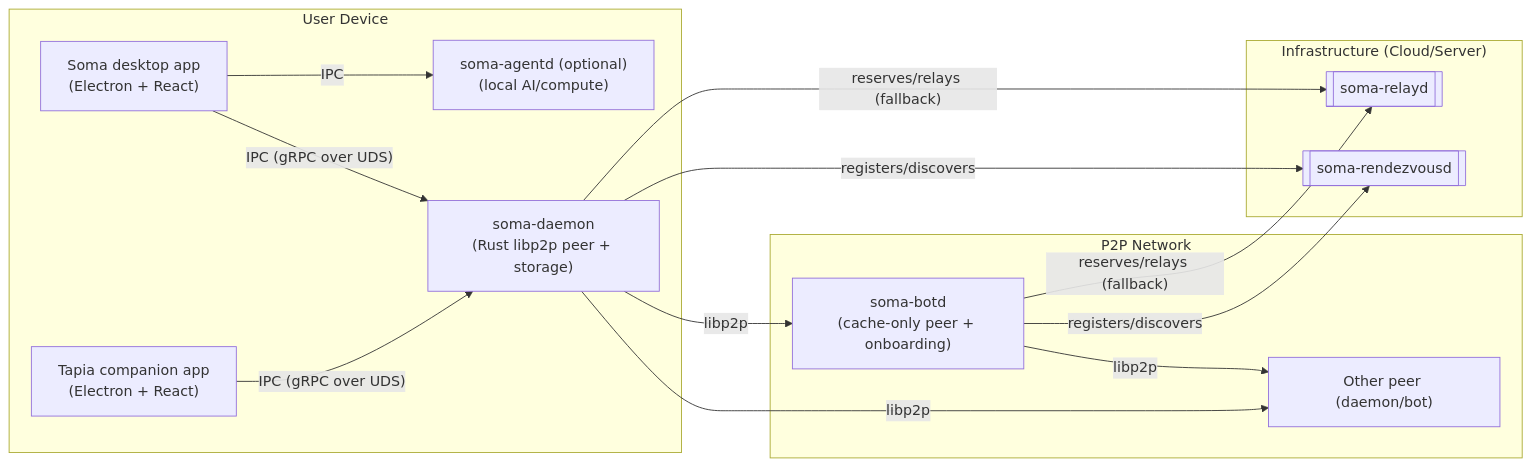
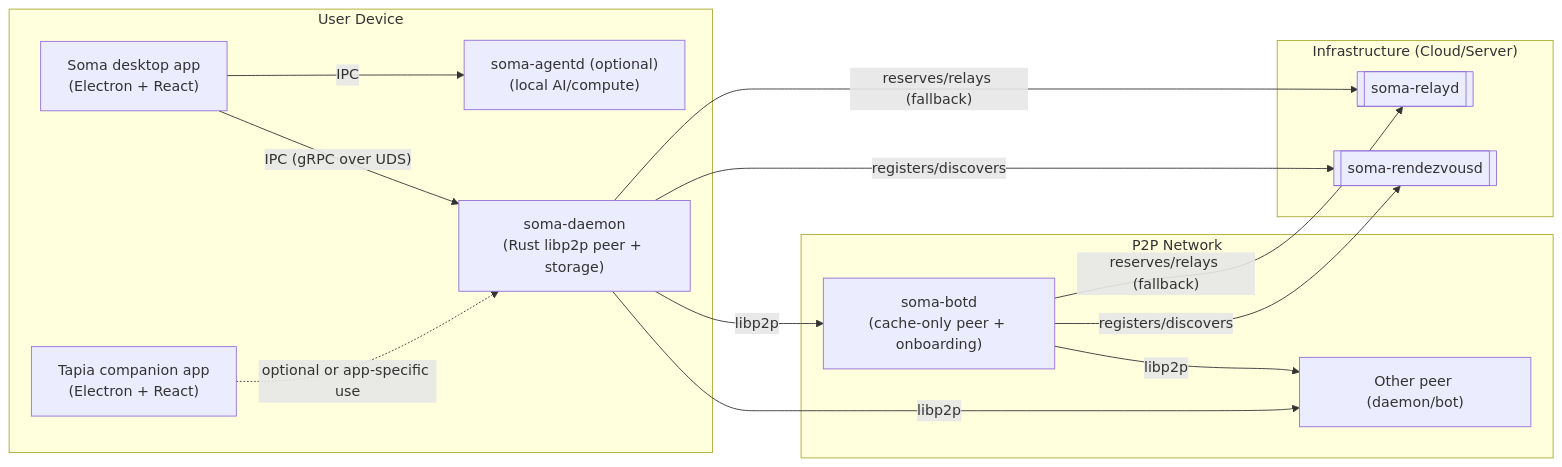
Before and after one commit to stephane-segning/soma: the first of 2 diagrams in docs/src/architecture/soma-tapia.md, drawn with Mermaid. The commit also changed other lines of this file and 34 other files, not shown here.

````diff
--- a/docs/src/architecture/soma-tapia.md
+++ b/docs/src/architecture/soma-tapia.md
@@ -42,30 +42,30 @@
 ```mermaid
 flowchart LR
   subgraph "User Device"
     SomaUI["Soma desktop app<br/>(Electron + React)"]
     TapiaUI["Tapia companion app<br/>(Electron + React)"]
     Daemon["soma-daemon<br/>(Rust libp2p peer + storage)"]
     Agent["soma-agentd (optional)<br/>(local AI/compute)"]
 
     SomaUI -- IPC (gRPC over UDS) --> Daemon
-    TapiaUI -- IPC (gRPC over UDS) --> Daemon
+    TapiaUI -. optional or app-specific use .-> Daemon
     SomaUI -- IPC --> Agent
   end
 
   subgraph "P2P Network"
     Daemon -- libp2p --> Other["Other peer (daemon/bot)"]
     Bot["soma-botd<br/>(cache-only peer + onboarding)"]:::peer
     Daemon -- libp2p --> Bot
     Bot -- libp2p --> Other
   end
 
   subgraph "Infrastructure (Cloud/Server)"
     Rendezvous[[soma-rendezvousd]]:::infra
     Relay[[soma-relayd]]:::infra
   end
 
   Daemon -- registers/discovers --> Rendezvous
   Daemon -- reserves/relays (fallback) --> Relay
   Bot -- registers/discovers --> Rendezvous
   Bot -- reserves/relays (fallback) --> Relay
 ```
````
